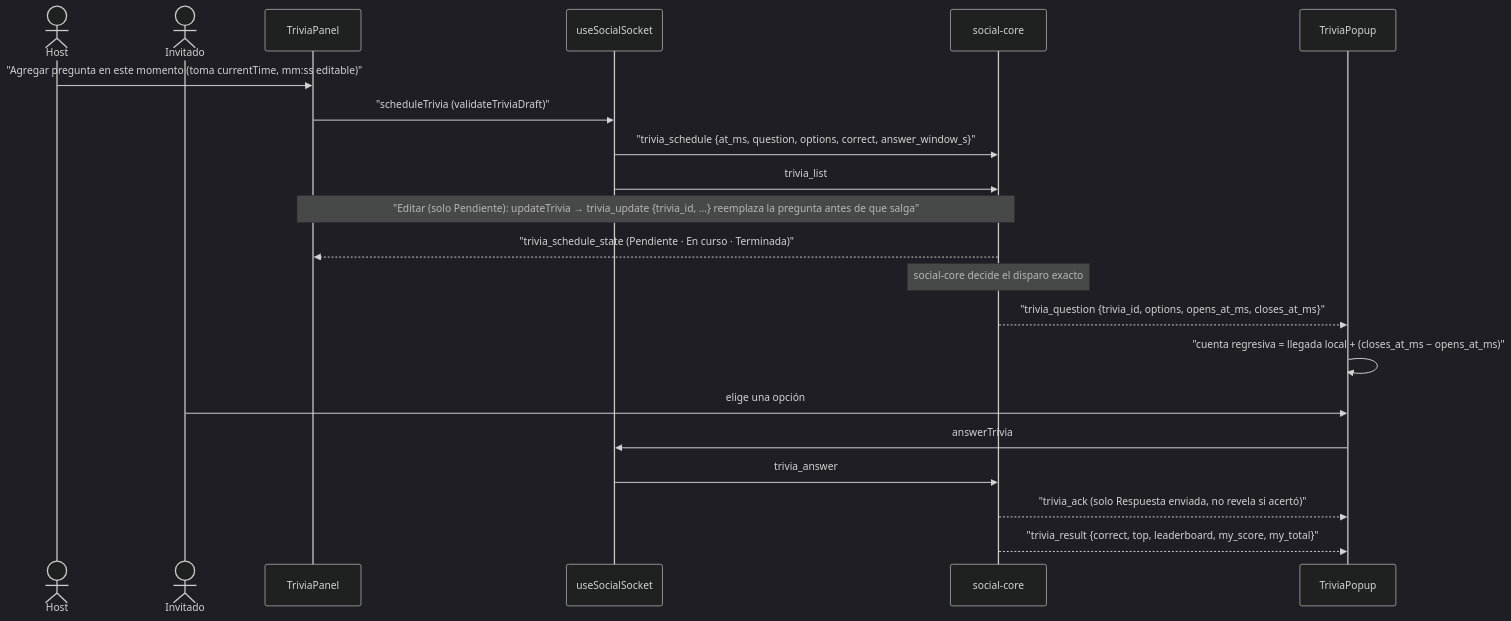
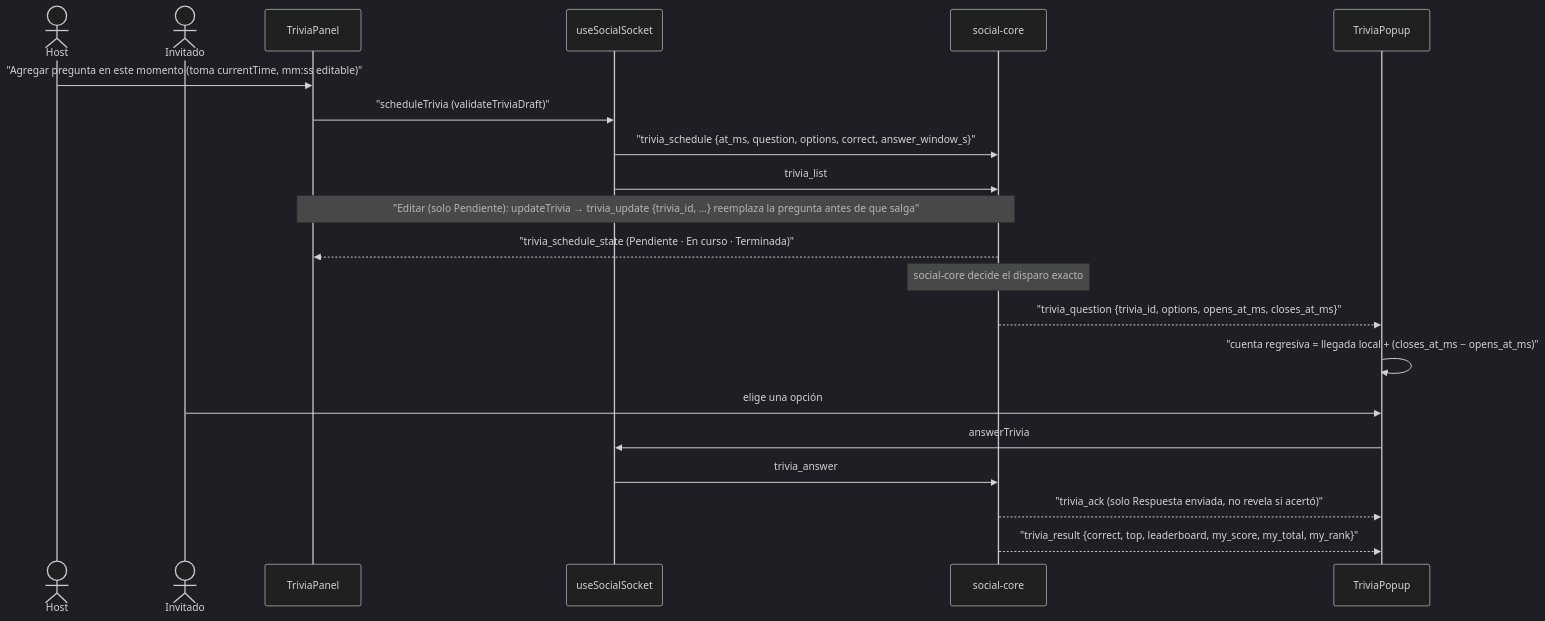
One commit to TINTOrganization/TINT changed the eighth of 11 diagrams in apps/web/README.md. Above: the diagram before and after it, drawn with Mermaid (dark theme). The commit also changed other lines of this file and 15 other files, not shown here.

First line of the commit message:
feat(web): always-visible live trivia leaderboard for everyone

````diff
--- a/apps/web/README.md
+++ b/apps/web/README.md
@@ -366,24 +366,24 @@
 ```mermaid
 sequenceDiagram
     actor H as Host
     actor G as Invitado
     participant TP as TriviaPanel
     participant SO as useSocialSocket
     participant SOC as social-core
     participant POP as TriviaPopup
 
     H->>TP: "Agregar pregunta en este momento (toma currentTime, mm:ss editable)"
     TP->>SO: "scheduleTrivia (validateTriviaDraft)"
     SO->>SOC: "trivia_schedule {at_ms, question, options, correct, answer_window_s}"
     SO->>SOC: trivia_list
     Note over TP,SOC: "Editar (solo Pendiente): updateTrivia → trivia_update {trivia_id, …} reemplaza la pregunta antes de que salga"
     SOC-->>TP: "trivia_schedule_state (Pendiente · En curso · Terminada)"
     Note over SOC: social-core decide el disparo exacto
     SOC-->>POP: "trivia_question {trivia_id, options, opens_at_ms, closes_at_ms}"
     POP->>POP: "cuenta regresiva = llegada local + (closes_at_ms − opens_at_ms)"
     G->>POP: elige una opción
     POP->>SO: answerTrivia
     SO->>SOC: trivia_answer
     SOC-->>POP: "trivia_ack (solo Respuesta enviada, no revela si acertó)"
-    SOC-->>POP: "trivia_result {correct, top, leaderboard, my_score, my_total}"
+    SOC-->>POP: "trivia_result {correct, top, leaderboard, my_score, my_total, my_rank}"
 ```
````
